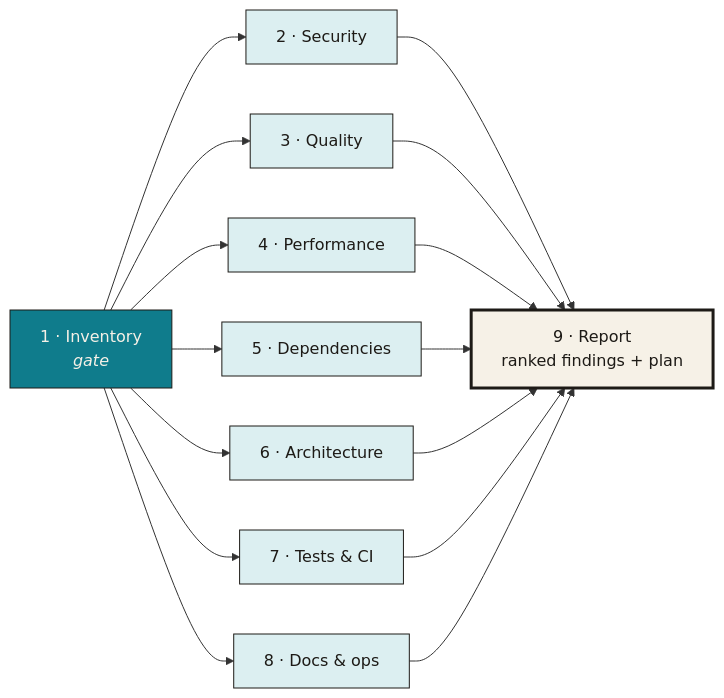
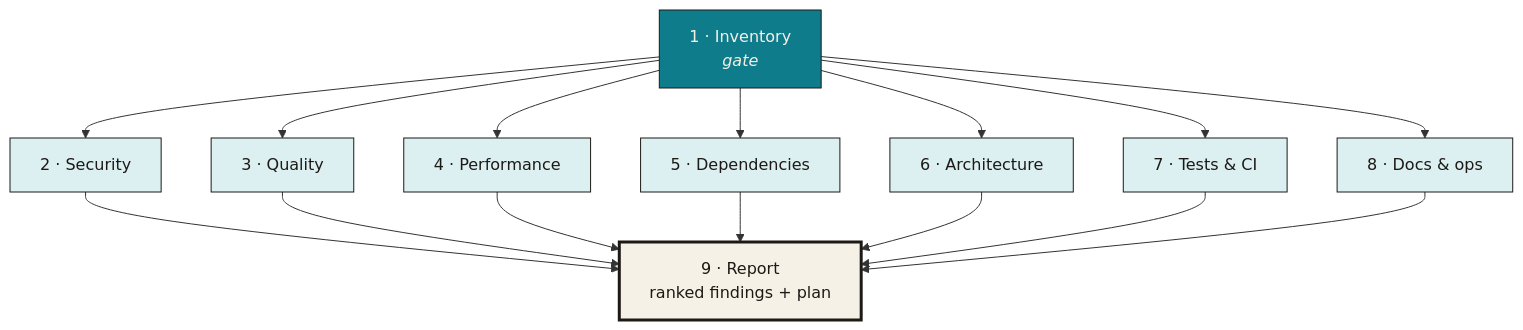
Before and after one commit to Theycallmeholla/skills: the diagram in skills/code-audit/README.md, drawn with Mermaid. The commit also changed other lines of this file and 15 other files, not shown here.

````diff
--- a/skills/code-audit/README.md
+++ b/skills/code-audit/README.md
@@ -15,18 +15,18 @@
 ```mermaid
-flowchart LR
+flowchart TB
     A["1 · Inventory<br/><i>gate</i>"] --> B["2 · Security"]
     A --> C["3 · Quality"]
     A --> D["4 · Performance"]
     A --> E["5 · Dependencies"]
     A --> F["6 · Architecture"]
     A --> G["7 · Tests & CI"]
     A --> H["8 · Docs & ops"]
     B & C & D & E & F & G & H --> R["9 · Report<br/>ranked findings + plan"]
 
     classDef gate fill:#0F7C8C,stroke:#1D1A16,color:#F6F1E7
     classDef pass fill:#DCEFF1,stroke:#1D1A16,color:#1D1A16
     classDef out fill:#F6F1E7,stroke:#1D1A16,color:#1D1A16,stroke-width:3px
     class A gate
     class B,C,D,E,F,G,H pass
     class R out
 ```
````
